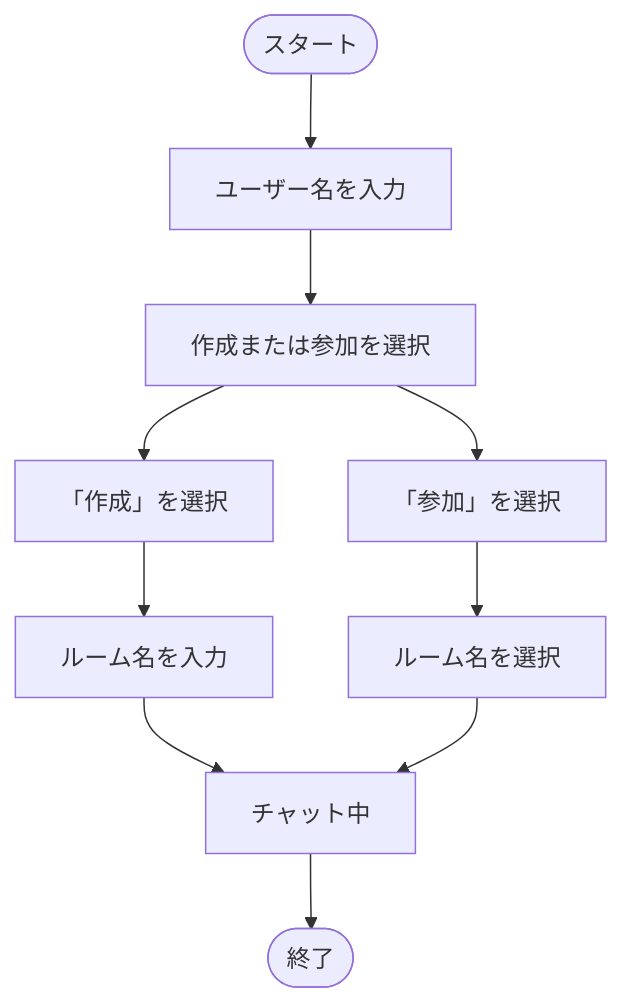
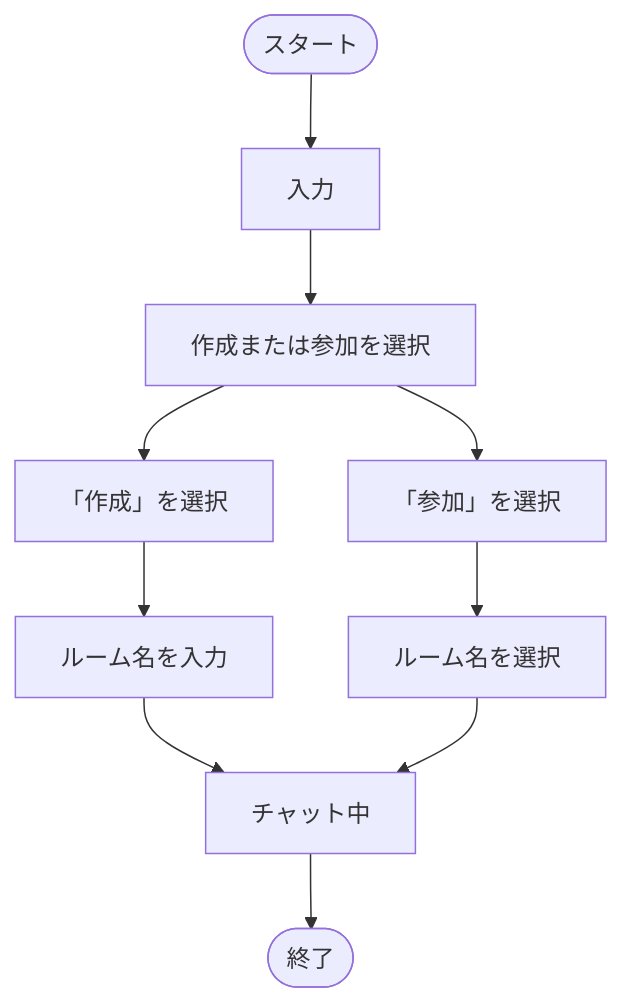
The first of 4 diagrams in README.md (BackendExplorer/Online-Chat-Service), drawn with Mermaid before and after one commit.

````diff
--- a/README.md
+++ b/README.md
@@ -177,23 +177,23 @@
 ```mermaid
 flowchart TD
     Start([スタート])
-    入力[ユーザー名を入力]
+
     選択[作成または参加を選択]
 
     作成1[「作成」を選択]
     ルーム名入力[ルーム名を入力]
 
     参加2[「参加」を選択]
     ルーム一覧[ルーム名を選択]
 
     チャット中[チャット中]
     End([終了])
 
     Start --> 入力 --> 選択
 
     選択 --> 作成1 --> ルーム名入力 --> チャット中
     選択 --> 参加2 --> ルーム一覧 --> チャット中
 
     チャット中 --> End
 
 ```
````
